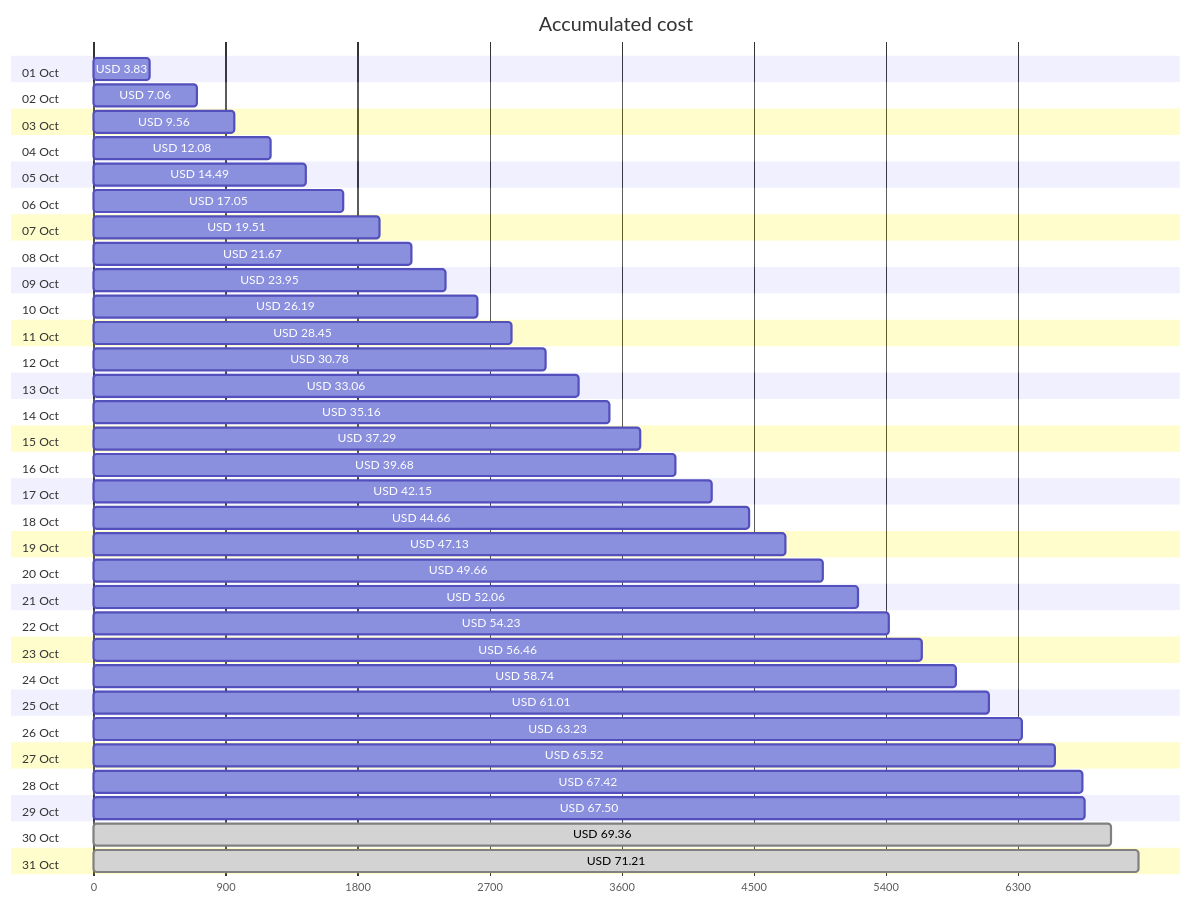
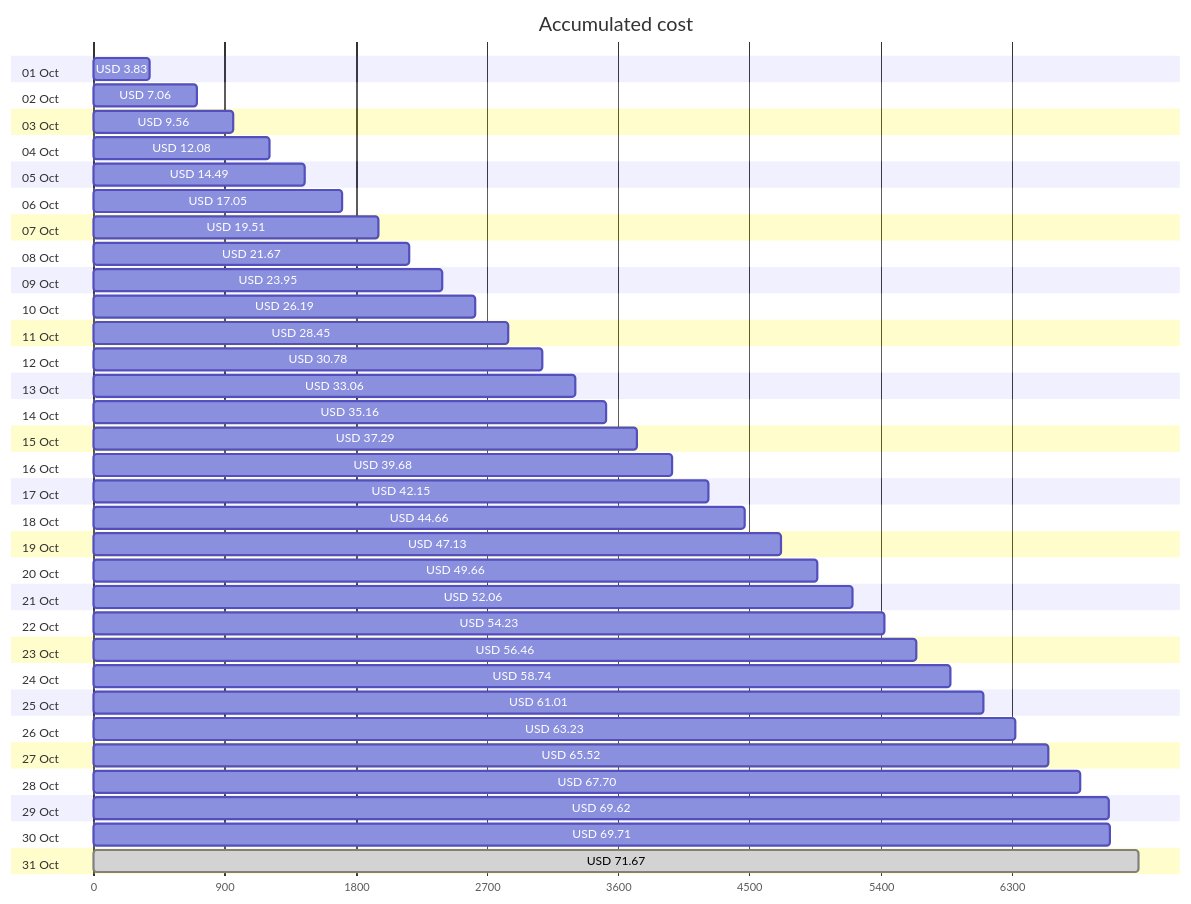
One commit to jpfulton/azure-personal-reports changed the first of 4 diagrams in cost-reports/accumulated-cost.md. Above: the diagram before and after it, drawn with Mermaid. The commit also changed other lines of this file and 4 other files, not shown here.

````diff
--- a/cost-reports/accumulated-cost.md
+++ b/cost-reports/accumulated-cost.md
@@ -20,68 +20,68 @@
 ```mermaid
 gantt
    title Accumulated cost
    dateFormat  X
    axisFormat %s
    section 01 Oct
    USD 3.83 :0, 383
    section 02 Oct
    USD 7.06 :0, 706
    section 03 Oct
    USD 9.56 :0, 956
    section 04 Oct
    USD 12.08 :0, 1208
    section 05 Oct
    USD 14.49 :0, 1449
    section 06 Oct
    USD 17.05 :0, 1705
    section 07 Oct
    USD 19.51 :0, 1951
    section 08 Oct
    USD 21.67 :0, 2167
    section 09 Oct
    USD 23.95 :0, 2395
    section 10 Oct
    USD 26.19 :0, 2619
    section 11 Oct
    USD 28.45 :0, 2845
    section 12 Oct
    USD 30.78 :0, 3078
    section 13 Oct
    USD 33.06 :0, 3306
    section 14 Oct
    USD 35.16 :0, 3516
    section 15 Oct
    USD 37.29 :0, 3729
    section 16 Oct
    USD 39.68 :0, 3968
    section 17 Oct
    USD 42.15 :0, 4215
    section 18 Oct
    USD 44.66 :0, 4466
    section 19 Oct
    USD 47.13 :0, 4713
    section 20 Oct
    USD 49.66 :0, 4966
    section 21 Oct
    USD 52.06 :0, 5206
    section 22 Oct
    USD 54.23 :0, 5423
    section 23 Oct
    USD 56.46 :0, 5646
    section 24 Oct
    USD 58.74 :0, 5874
    section 25 Oct
    USD 61.01 :0, 6101
    section 26 Oct
    USD 63.23 :0, 6323
    section 27 Oct
    USD 65.52 :0, 6552
    section 28 Oct
-   USD 67.42 :0, 6742
+   USD 67.70 :0, 6770
    section 29 Oct
-   USD 67.50 :0, 6750
+   USD 69.62 :0, 6962
    section 30 Oct
-   USD 69.36 : done, 0, 6936
+   USD 69.71 :0, 6971
    section 31 Oct
-   USD 71.21 : done, 0, 7121
+   USD 71.67 : done, 0, 7167
 ```
````
